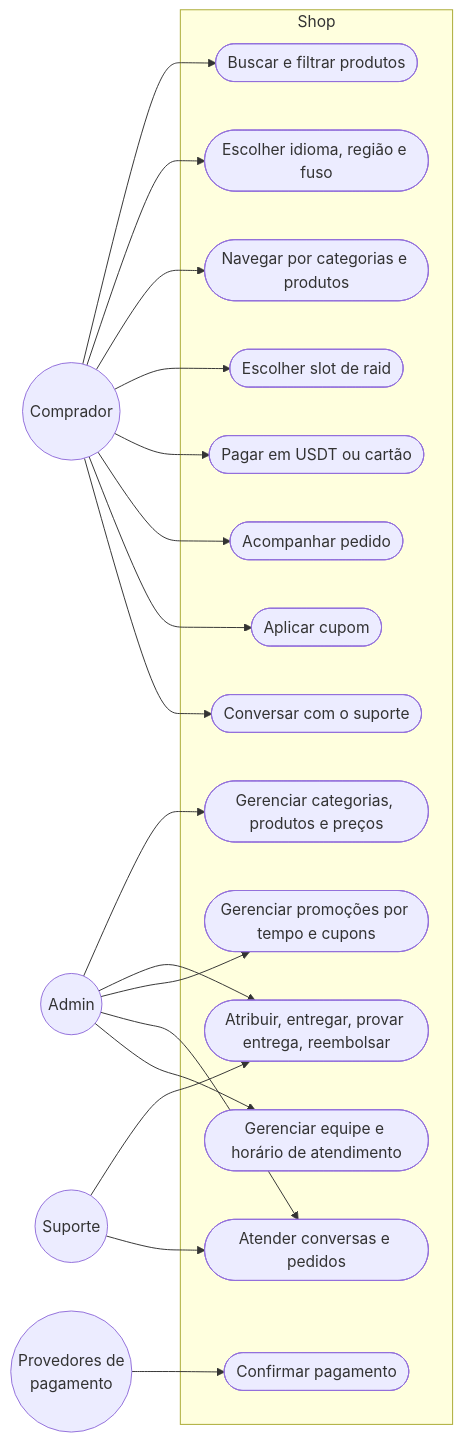
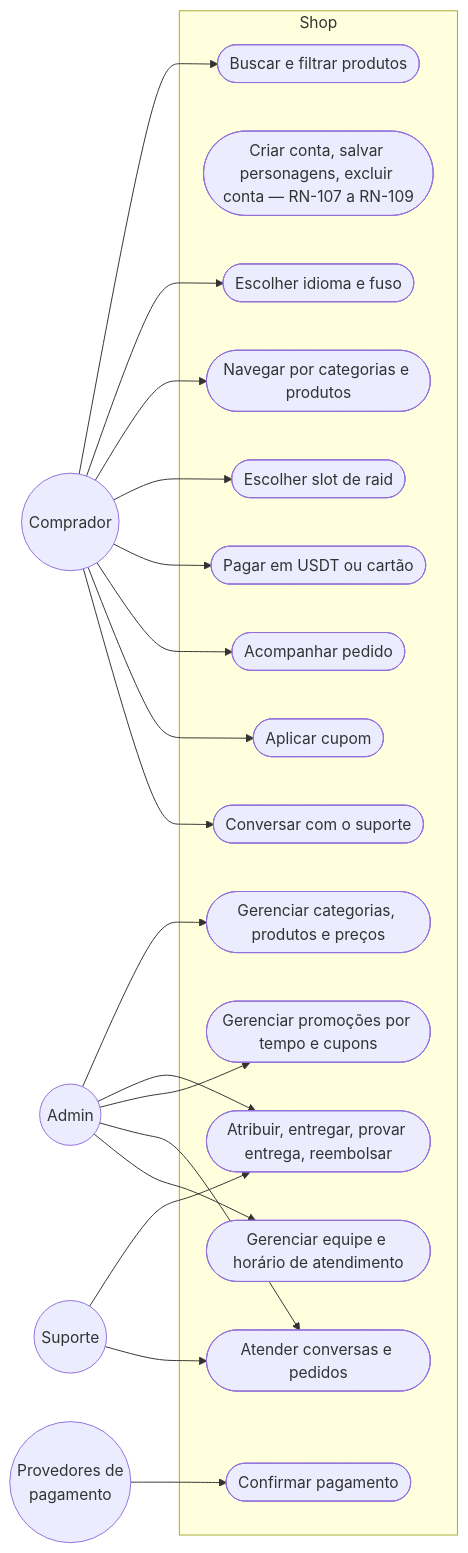
Before and after one commit to abeeyh/shop: the first of 7 diagrams in docs/06-uml.md, drawn with Mermaid. The commit also changed other lines of this file and 44 other files, not shown here.

````diff
--- a/docs/06-uml.md
+++ b/docs/06-uml.md
@@ -7,28 +7,29 @@
 ```mermaid
 flowchart LR
   C((Comprador))
   A((Admin))
   P((Provedores de<br/>pagamento))
   S((Suporte))
   subgraph Shop
-    UC0([Escolher idioma, região e fuso])
+    UC0([Escolher idioma e fuso])
+    UC_CONTA([Criar conta, salvar personagens, excluir conta — RN-107 a RN-109])
     UC1([Navegar por categorias e produtos])
     UC13([Buscar e filtrar produtos])
     UC2([Escolher slot de raid])
     UC3([Pagar em USDT ou cartão])
     UC4([Acompanhar pedido])
     UC5([Gerenciar categorias, produtos e preços])
     UC8([Gerenciar promoções por tempo e cupons])
     UC9([Aplicar cupom])
     UC10([Conversar com o suporte])
     UC11([Atender conversas e pedidos])
     UC12([Gerenciar equipe e horário de atendimento])
     UC6([Atribuir, entregar, provar entrega, reembolsar])
     UC7([Confirmar pagamento])
   end
   C --> UC13
   C --> UC0 & UC1 & UC2 & UC3 & UC4 & UC9 & UC10
   A --> UC5 & UC6 & UC8 & UC11 & UC12
   S --> UC6 & UC11
   P --> UC7
 ```
````
